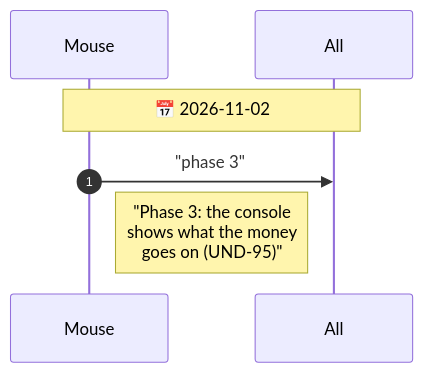
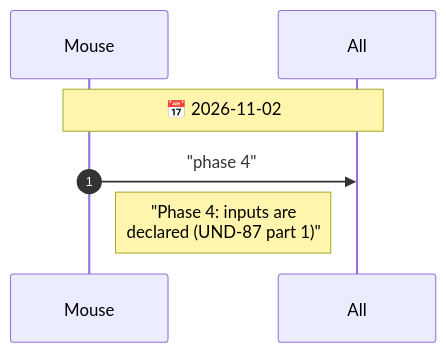
Diagram 12 of 12 in agents/CHAT.diagram.md (drusifer/understudy), drawn with Mermaid before and after one commit. The commit also changed other lines of this file and 10 other files, not shown here.

First line of the commit message:
Phase 3: the console shows what the money goes on (UND-95)

````diff
--- a/agents/CHAT.diagram.md
+++ b/agents/CHAT.diagram.md
@@ -553,10 +586,10 @@
 ```mermaid
 %%{init: {"sequence": {"messageFontSize": 14, "noteFontSize": 18, "actorFontSize": 14}}}%%
 sequenceDiagram
     autonumber
     participant Mouse
     participant All
     Note over Mouse,All: 📅 2026-11-02
-    Mouse->>All: "phase 3"
-    Note right of Mouse: "Phase 3: the console<br/>shows what the money<br/>goes on (UND-95)"
+    Mouse->>All: "phase 4"
+    Note right of Mouse: "Phase 4: inputs are<br/>declared (UND-87 part 1)"
 ```
````
